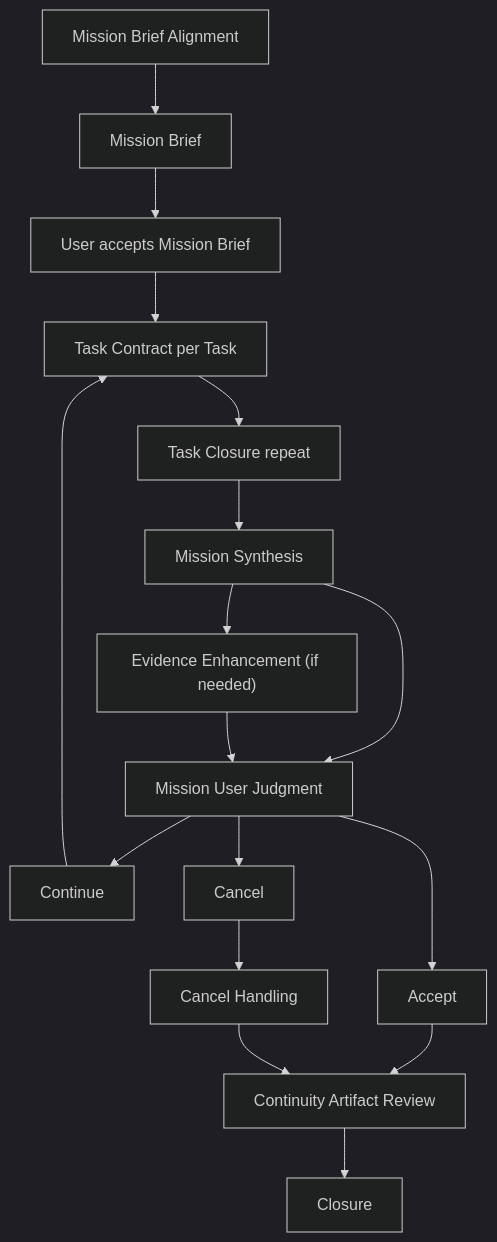
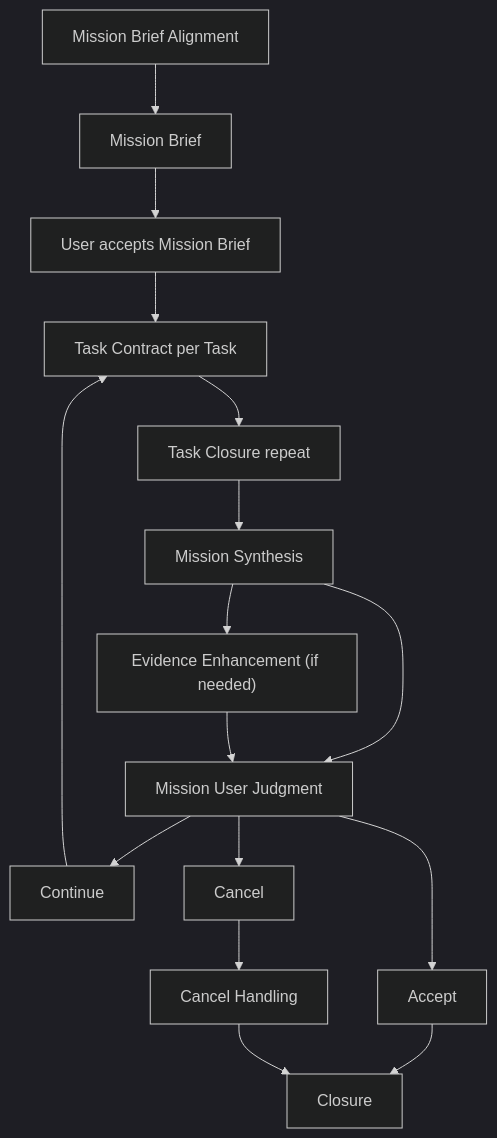
One commit to choam2426/Geas changed the diagram in docs/workflow/mission.md. Above: the diagram before and after it, drawn with Mermaid (dark theme). The commit also changed other lines of this file and 3 other files, not shown here.

Commit message:
docs: refine continuity closure semantics

````diff
--- a/docs/workflow/mission.md
+++ b/docs/workflow/mission.md
@@ -15,22 +15,21 @@
 ```mermaid
 flowchart TD
   align["Mission Brief Alignment"] --> brief["Mission Brief"]
   brief --> briefAccept["User accepts Mission Brief"]
   briefAccept --> taskLoop["Task Contract per Task"]
   taskLoop --> taskRepeat["Task Closure repeat"]
   taskRepeat --> synthesis["Mission Synthesis"]
   synthesis --> missionJudgment["Mission User Judgment"]
   synthesis --> evidenceEnhance["Evidence Enhancement (if needed)"]
   evidenceEnhance --> missionJudgment
 
   missionJudgment --> accept["Accept"]
-  accept --> continuity["Continuity Artifact Review"]
-  continuity --> closure["Closure"]
+  accept --> closure["Closure"]
 
   missionJudgment --> continue["Continue"]
   continue --> taskLoop
 
   missionJudgment --> cancel["Cancel"]
   cancel --> cancelHandling["Cancel Handling"]
-  cancelHandling --> continuity
+  cancelHandling --> closure
 ```
````
